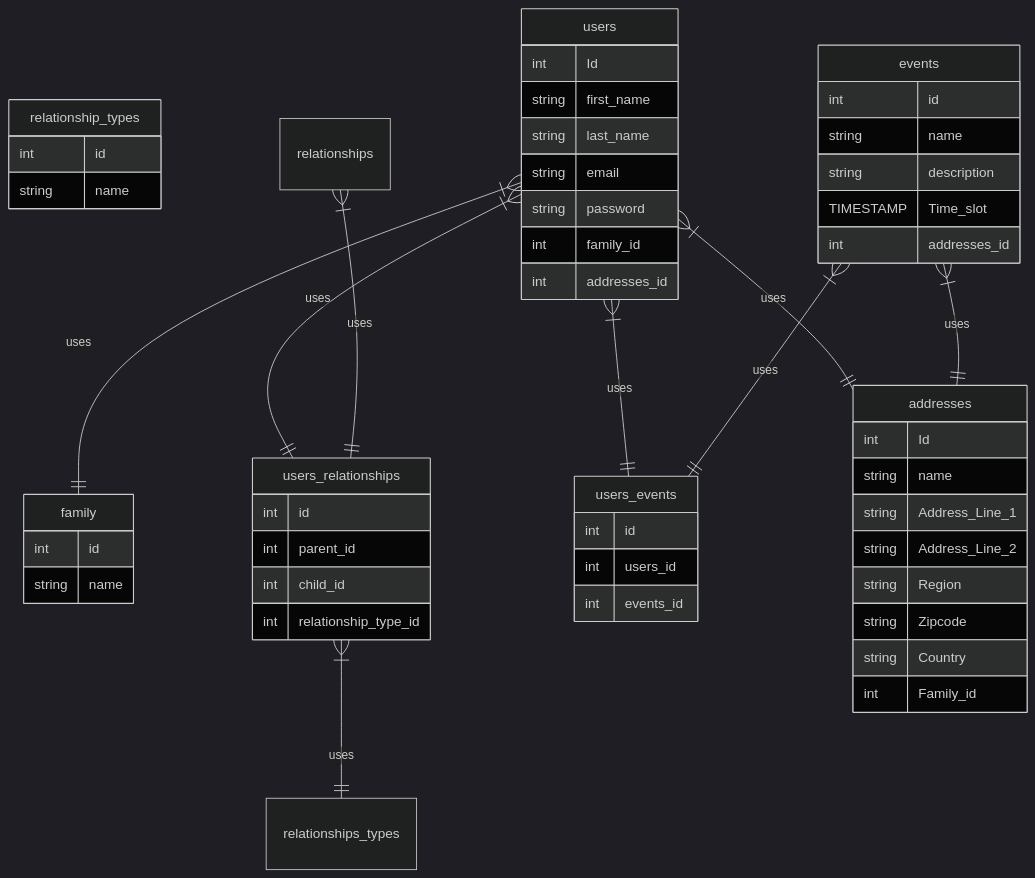
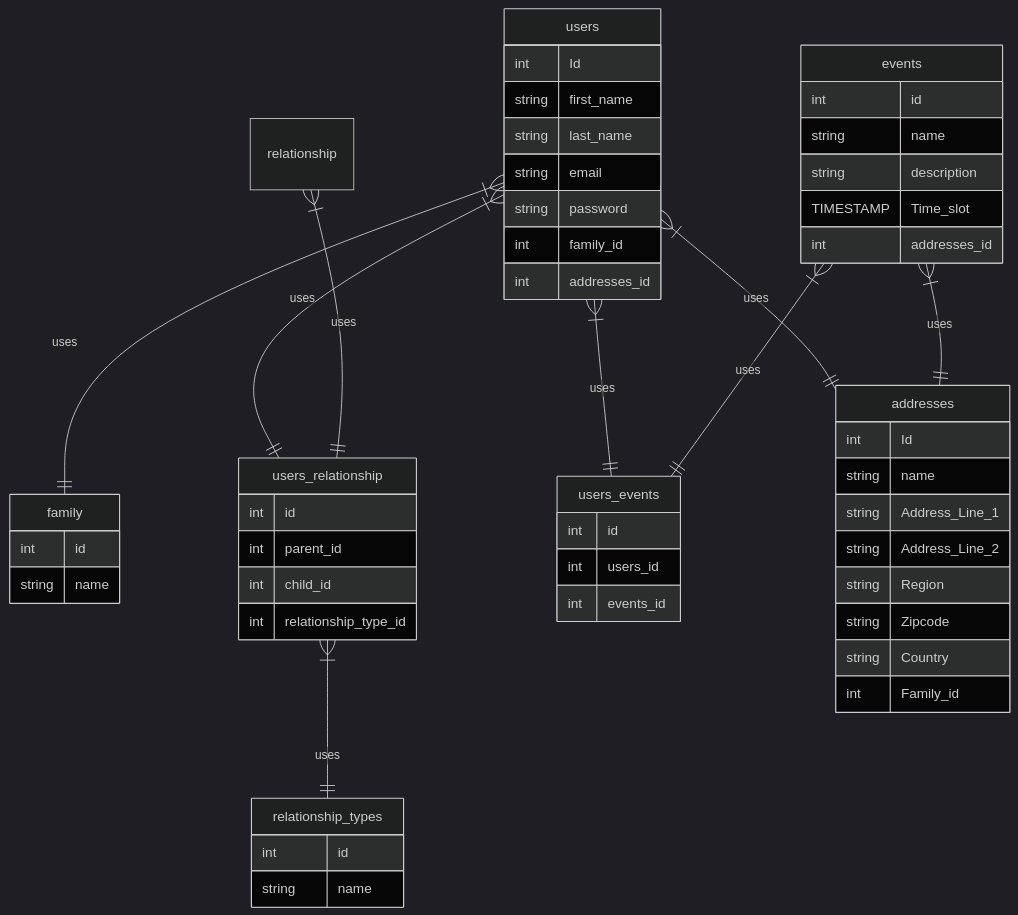
One commit to ChrisUno/Childcare changed the second of 2 diagrams in README.md. Above: the diagram before and after it, drawn with Mermaid. The commit also changed other lines of this file, not shown here.

````diff
--- a/README.md
+++ b/README.md
@@ -47,64 +47,64 @@
 ``` mermaid
 %%{init: {'theme': 'dark' } }%%
 
 erDiagram
 
 
     family {
         int id
         string name
     }
     relationship_types {
         int id
         string name
     }
-    users_relationships {
+    users_relationship {
         int id
         int parent_id
         int child_id
         int relationship_type_id
     }
     events {
         int id
         string name
         string description
         TIMESTAMP Time_slot
         int addresses_id
     }
     users_events {
         int id
         int users_id
         int events_id
         
     }
     addresses {
         int Id
         string name
         string Address_Line_1
         string Address_Line_2
         string Region
         string Zipcode
         string Country
         int Family_id
     }
     users {
         int Id
         string first_name
         string last_name
         string email
         string password
         int family_id
         int addresses_id
     }
 
-    users }|--|| users_relationships: "uses"
-    relationships }|--|| users_relationships: "uses"
+    users }|--|| users_relationship: "uses"
+    relationship }|--|| users_relationship: "uses"
     users }|--|| addresses: "uses"
     users }|--|| users_events: "uses"
     events }|--|| addresses: "uses"
     events }|--|| users_events: "uses"
-    users_relationships }|--|| relationships_types: "uses"
+    users_relationship }|--|| relationship_types: "uses"
     users }|--|| family: "uses"
     
 
 ```
````
